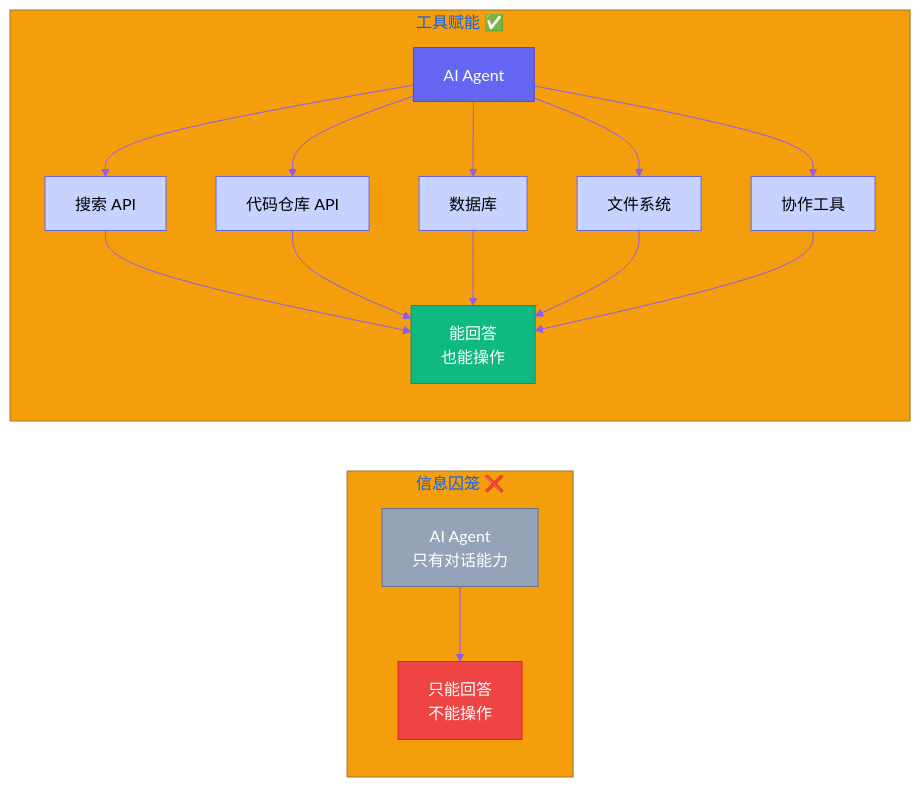
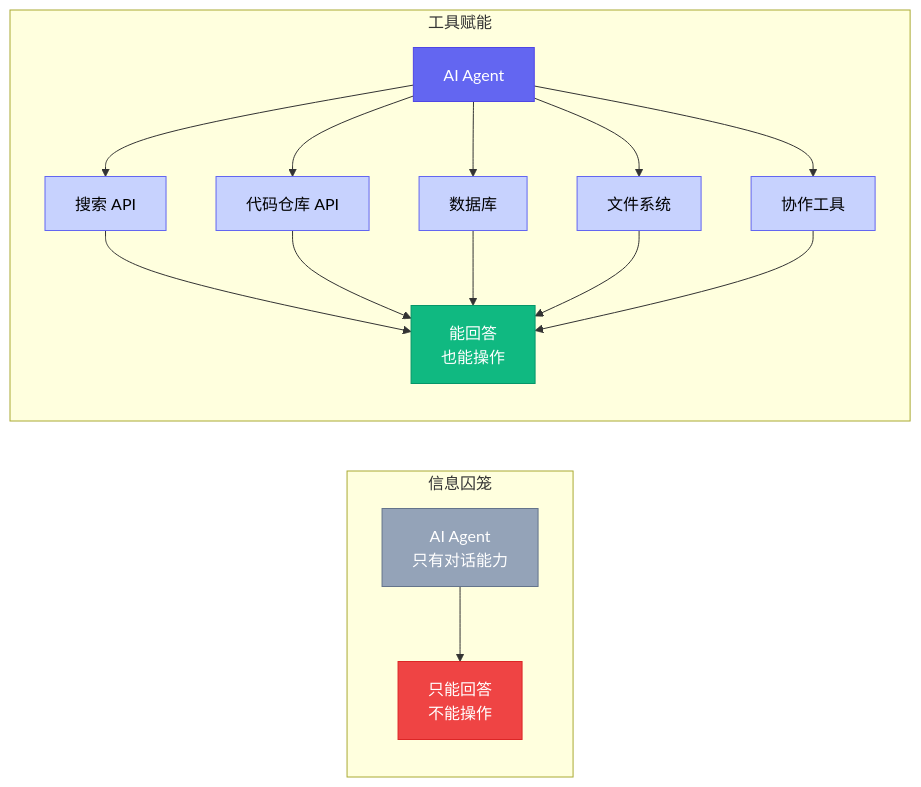
Before and after one commit to VokoForge/ai-prism: the first of 2 diagrams in posts/yason-and-roberts/zh/ch11.md, drawn with Mermaid. The commit also changed other lines of this file and 31 other files, not shown here.

First line of the commit message:
✨ Rewrite all articles: hook titles, Mermaid diagrams, engaging style

````diff
--- a/posts/yason-and-roberts/zh/ch11.md
+++ b/posts/yason-and-roberts/zh/ch11.md
@@ -36,26 +36,25 @@
 ```mermaid
-%%{init: {'theme': 'base', 'themeVariables': {'primaryColor': '#6366f1','primaryTextColor': '#fff','primaryBorderColor': '#4f46e5','lineColor': '#8b5cf6','secondaryColor': '#ec4899','tertiaryColor': '#f59e0b'}}}%%
 graph LR
-    subgraph "信息囚笼 ❌"
+    subgraph "信息囚笼"
         AI1["AI Agent<br>只有对话能力"] --> R1["只能回答<br>不能操作"]
     end
 
-    subgraph "工具赋能 ✅"
+    subgraph "工具赋能"
         AI2["AI Agent"] --> T1["搜索 API"]
         AI2 --> T2["代码仓库 API"]
         AI2 --> T3["数据库"]
         AI2 --> T4["文件系统"]
         AI2 --> T5["协作工具"]
         T1 & T2 & T3 & T4 & T5 --> R2["能回答<br>也能操作"]
     end
 
     style AI1 fill:#94a3b8,stroke:#64748b,color:#fff
     style R1 fill:#ef4444,stroke:#dc2626,color:#fff
     style AI2 fill:#6366f1,stroke:#4f46e5,color:#fff
     style R2 fill:#10b981,stroke:#059669,color:#fff
     style T1 fill:#c7d2fe,stroke:#6366f1,color:#000
     style T2 fill:#c7d2fe,stroke:#6366f1,color:#000
     style T3 fill:#c7d2fe,stroke:#6366f1,color:#000
     style T4 fill:#c7d2fe,stroke:#6366f1,color:#000
     style T5 fill:#c7d2fe,stroke:#6366f1,color:#000
 ```
````
